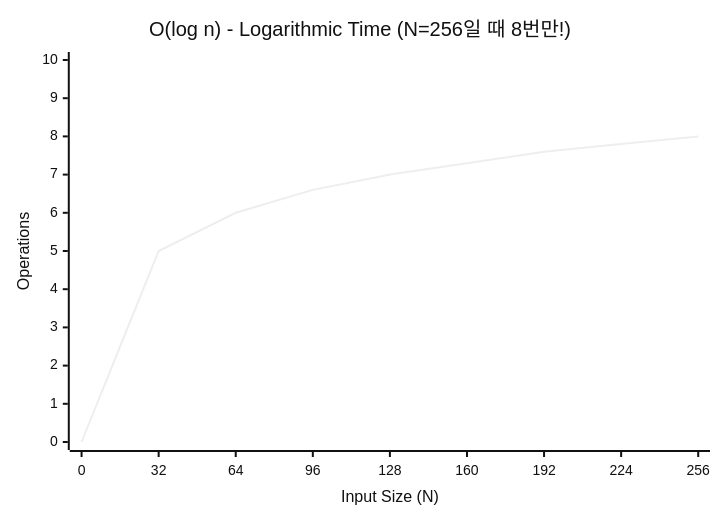
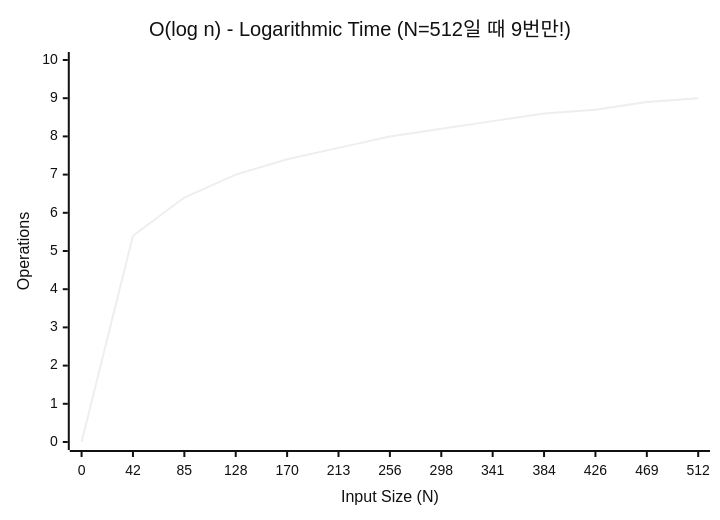
One commit to youngmin-gwon/what-i-studied changed the second of 6 diagrams in 01_inbox/algorithm/algo-complexity-and-big-o.md. Above: the diagram before and after it, drawn with Mermaid (neutral theme). The commit also changed other lines of this file, not shown here.

````diff
--- a/01_inbox/algorithm/algo-complexity-and-big-o.md
+++ b/01_inbox/algorithm/algo-complexity-and-big-o.md
@@ -66,7 +66,7 @@
 ```mermaid
 xychart-beta
-    title "O(log n) - Logarithmic Time (N=256일 때 8번만!)"
-    x-axis "Input Size (N)" [0, 32, 64, 96, 128, 160, 192, 224, 256]
+    title "O(log n) - Logarithmic Time (N=512일 때 9번만!)"
+    x-axis "Input Size (N)" [0, 42, 85, 128, 170, 213, 256, 298, 341, 384, 426, 469, 512]
     y-axis "Operations" 0 --> 10
-    line "O(log n)" [0, 5, 6, 6.6, 7, 7.3, 7.6, 7.8, 8]
+    line "O(log n)" [0, 5.4, 6.4, 7, 7.4, 7.7, 8, 8.2, 8.4, 8.6, 8.7, 8.9, 9]
 ```
````
